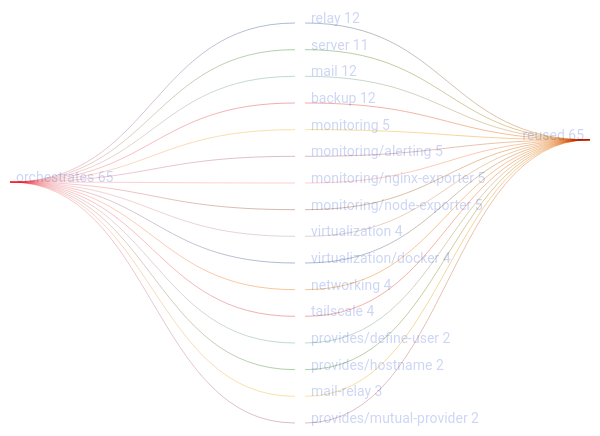
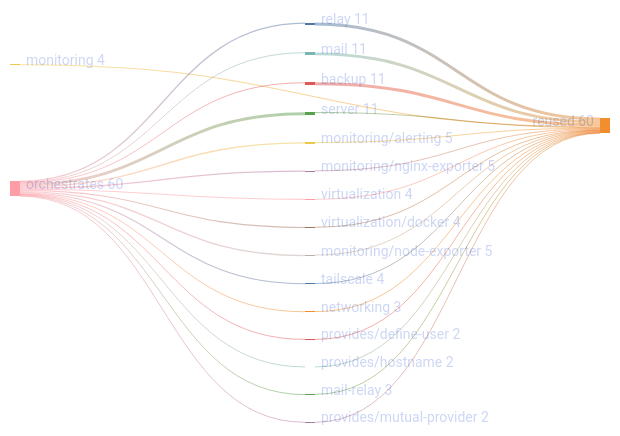
One commit to sini/den changed the diagram in templates/diag-fx-demo/diagrams/mail-relay-fan.md. Above: the diagram before and after it, drawn with Mermaid. The commit also changed 526 other files, not shown here.

Commit message:
chore: update fx diagrams

````diff
--- a/templates/diag-fx-demo/diagrams/mail-relay-fan.md
+++ b/templates/diag-fx-demo/diagrams/mail-relay-fan.md
@@ -5,37 +5,36 @@
 ```mermaid
 %%{init: {"theme":"base","themeVariables":{"activationBkgColor":"#313244","activationBorderColor":"#6c7086","actorBkg":"#313244","actorBorder":"#a6adc8","actorLineColor":"#a6adc8","actorTextColor":"#cdd6f4","background":"#1e1e2e","classText":"#cdd6f4","clusterBkg":"#313244","clusterBorder":"#6c7086","edgeLabelBackground":"#1e1e2e","labelBoxBkgColor":"#313244","labelBoxBorderColor":"#a6adc8","labelTextColor":"#cdd6f4","lineColor":"#a6adc8","loopTextColor":"#cdd6f4","mainBkg":"#313244","nodeBkg":"#313244","nodeBorder":"#a6adc8","nodeTextColor":"#cdd6f4","noteBkgColor":"#313244","noteBorderColor":"#6c7086","noteTextColor":"#cdd6f4","pie1":"#f38ba8","pie2":"#fab387","pie3":"#f9e2af","pie4":"#a6e3a1","pie5":"#94e2d5","pie6":"#89b4fa","pie7":"#cba6f7","pie8":"#f2cdcd","pieLegendTextColor":"#cdd6f4","pieOuterStrokeColor":"#6c7086","pieSectionTextColor":"#cdd6f4","pieStrokeColor":"#6c7086","pieTitleTextColor":"#cdd6f4","primaryBorderColor":"#a6adc8","primaryColor":"#313244","primaryTextColor":"#cdd6f4","secondBkg":"#313244","secondaryBorderColor":"#6c7086","secondaryColor":"#313244","secondaryTextColor":"#cdd6f4","sequenceNumberColor":"#1e1e2e","signalColor":"#a6adc8","signalTextColor":"#cdd6f4","tertiaryBorderColor":"#6c7086","tertiaryColor":"#313244","tertiaryTextColor":"#cdd6f4","textColor":"#cdd6f4","titleColor":"#cdd6f4"}}}%%
 sankey-beta
 
-"relay","reused",12
-"backup","reused",12
-"mail","reused",12
+"relay","reused",11
+"backup","reused",11
+"mail","reused",11
 "server","reused",2
-"monitoring","reused",5
 "monitoring/alerting","reused",2
 "monitoring/nginx-exporter","reused",2
-"monitoring/node-exporter","reused",2
 "virtualization","reused",3
 "virtualization/docker","reused",2
+"monitoring/node-exporter","reused",1
+"tailscale","reused",2
 "networking","reused",2
-"tailscale","reused",2
 "provides/define-user","reused",2
 "provides/hostname","reused",2
 "mail-relay","reused",1
+"monitoring","reused",4
 "provides/mutual-provider","reused",2
 "orchestrates","relay",5
 "orchestrates","backup",3
 "orchestrates","mail",2
 "orchestrates","server",11
-"orchestrates","monitoring",4
 "orchestrates","monitoring/alerting",5
 "orchestrates","monitoring/nginx-exporter",5
-"orchestrates","monitoring/node-exporter",5
 "orchestrates","virtualization",4
 "orchestrates","virtualization/docker",4
-"orchestrates","networking",4
+"orchestrates","monitoring/node-exporter",5
 "orchestrates","tailscale",4
+"orchestrates","networking",3
 "orchestrates","provides/define-user",2
 "orchestrates","provides/hostname",2
 "orchestrates","mail-relay",3
 "orchestrates","provides/mutual-provider",2
 ```
````
